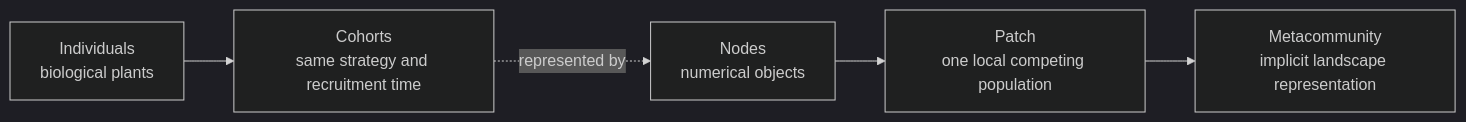
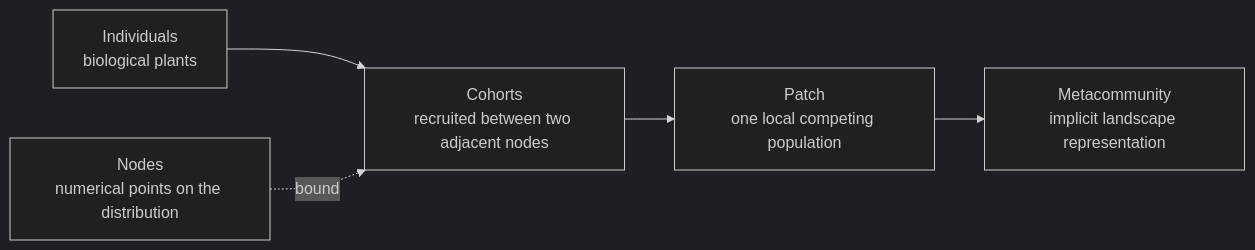
The third of 4 diagrams in theory/overview.qmd (traitecoevo/overstorey), drawn with Mermaid (dark theme) before and after one commit. The commit also changed other lines of this file and 25 other files, not shown here.

First line of the commit message:
Distinguish nodes from cohorts in the docs (#41)

````diff
--- a/theory/overview.qmd
+++ b/theory/overview.qmd
@@ -146,9 +146,9 @@
 ```{mermaid}
 flowchart LR
 accTitle: Ecological scales and their numerical representation in plant
-accDescr: Similar individuals are grouped into cohorts represented numerically by nodes. Nodes describe a size-structured population within one patch. Patch states at different ages are weighted together to represent the landscape-scale metacommunity.
-  I["Individuals<br/>biological plants"] --> C["Cohorts<br/>same strategy and recruitment time"]
-  C -. "represented by" .-> N["Nodes<br/>numerical objects"]
-  N --> P["Patch<br/>one local competing population"]
+accDescr: Individuals are grouped into cohorts by recruitment time. Nodes are numerical points on the size distribution at chosen recruitment times, and each cohort is the plants recruited between two adjacent nodes. Together they describe a size-structured population within one patch. Patch states at different ages are weighted together to represent the landscape-scale metacommunity.
+  I["Individuals<br/>biological plants"] --> C["Cohorts<br/>recruited between two adjacent nodes"]
+  N["Nodes<br/>numerical points on the distribution"] -. "bound" .-> C
+  C --> P["Patch<br/>one local competing population"]
   P --> M["Metacommunity<br/>implicit landscape representation"]
 ```
````
